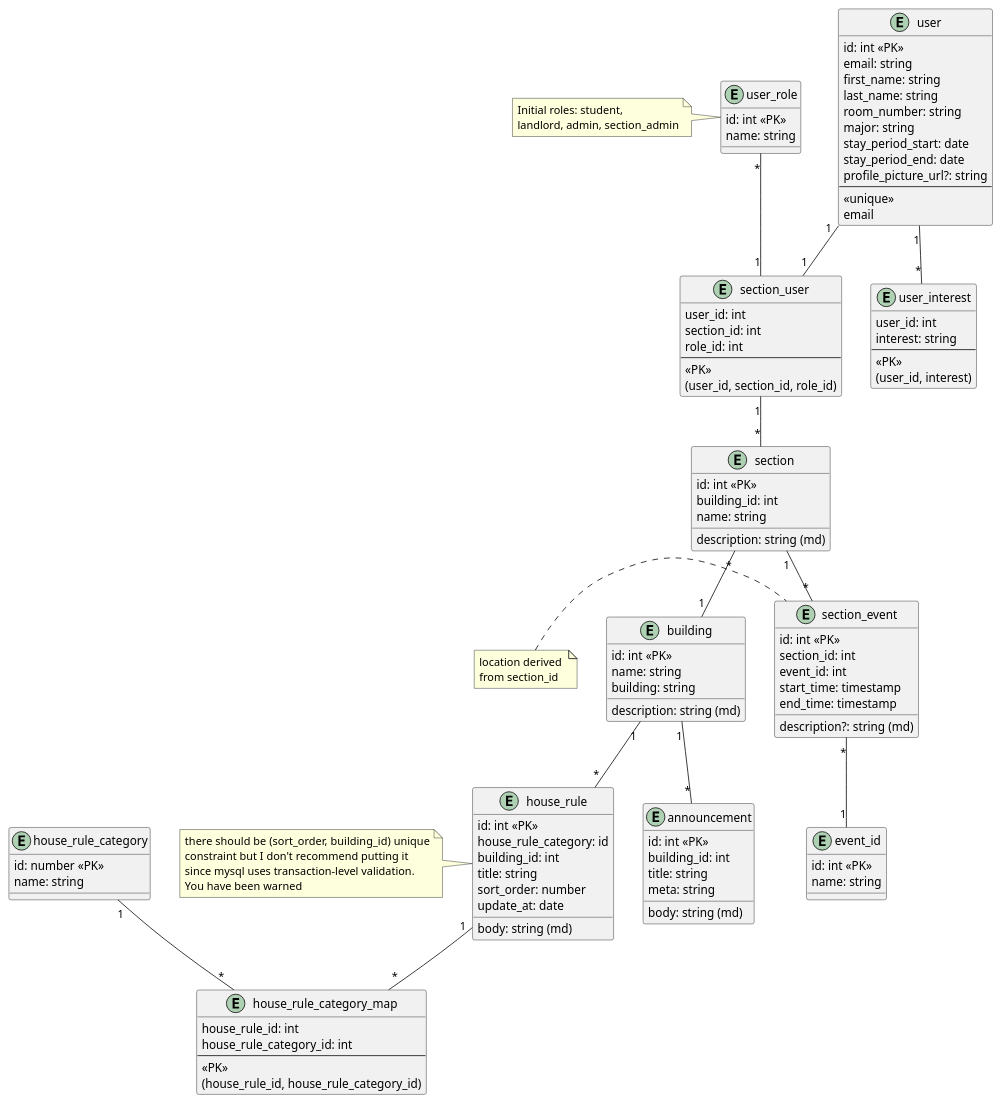
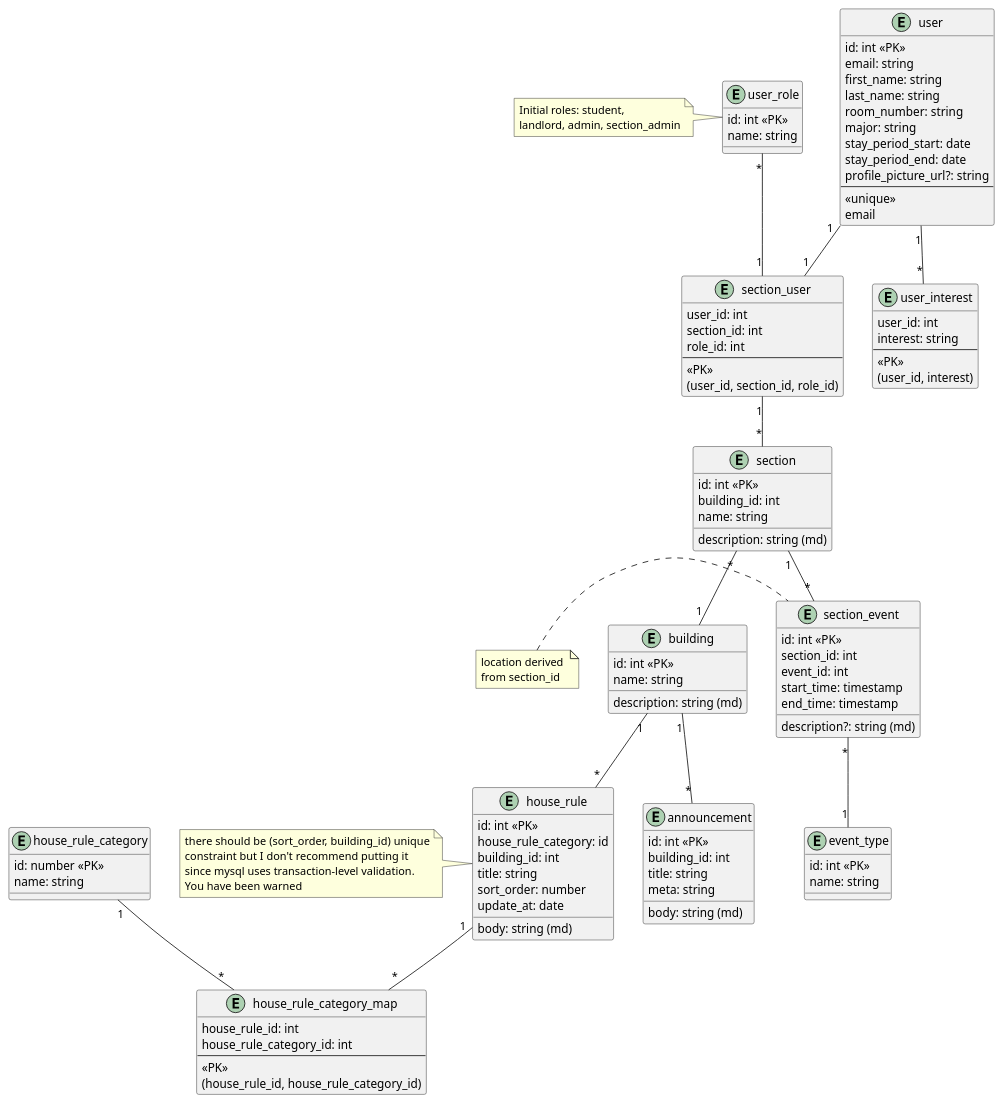
The diagram in schema.puml (sweden-fullstack/sweden-fullstack-group-project), drawn with PlantUML before and after one commit.

Commit message:
chore(schema): update entity names and remove unused fields

```diff
--- a/schema.puml
+++ b/schema.puml
@@ -1,130 +1,129 @@
 @startuml
 
 entity user {
     id: int <<PK>>
     email: string
     first_name: string
     last_name: string
     room_number: string
     major: string
     stay_period_start: date
     stay_period_end: date
     profile_picture_url?: string
     ---
     <<unique>>
     email
 }
 ' Perhaps move room_number, stay_period_start and stay_period_end 
 ' to section_user since it makes more sense there?
 
 entity user_interest {
    user_id: int
    interest: string
    ---
    <<PK>>
    (user_id, interest)
 }
 
 entity section_user {
     user_id: int
     section_id: int
     role_id: int
     ---
     <<PK>>
     (user_id, section_id, role_id)
 }
 
 entity building {
     id: int <<PK>>
     name: string
-    building: string
     description: string (md)
 }
 
 entity section {
     id: int <<PK>>
     building_id: int
     name: string
     description: string (md)
 }
 
 entity announcement {
     id: int <<PK>>
     building_id: int
     title: string
     meta: string
     body: string (md)
 }
 
 entity section_event {
     id: int <<PK>>
     section_id: int
     event_id: int
     description?: string (md)
     start_time: timestamp
     end_time: timestamp
 }
 
 note left of section_event
    location derived 
    from section_id
 end note
 
-entity event_id {
+entity event_type {
     id: int <<PK>>
     name: string
 }
 
 entity user_role {
    id: int <<PK>>
    name: string
 }
 
 note left of user_role
    Initial roles: student, 
    landlord, admin, section_admin
 end note
 
 entity house_rule {
     id: int <<PK>>
     house_rule_category: id
     building_id: int
     title: string
     body: string (md)
     sort_order: number
     update_at: date
 }
 
 note left of house_rule
    there should be (sort_order, building_id) unique
    constraint but I don't recommend putting it
    since mysql uses transaction-level validation.
    You have been warned
 end note
 
 entity house_rule_category_map {
    house_rule_id: int
    house_rule_category_id: int
    ---
    <<PK>>
    (house_rule_id, house_rule_category_id)
 }
 
 entity house_rule_category {
     id: number <<PK>>
     name: string
 }
 
 user "1" -- "1" section_user
 user "1" -- "*" user_interest
 user_role "*" -- "1" section_user
 section_user "1" -- "*" section
 section "1" -- "*" section_event
 section "*" -- "1" building
-section_event "*" -- "1" event_id
+section_event "*" -- "1" event_type
 building "1" -- "*" announcement
 building "1" -- "*" house_rule
 house_rule "1" -- "*" house_rule_category_map
 house_rule_category "1" -- "*" house_rule_category_map
 
 @enduml
```
